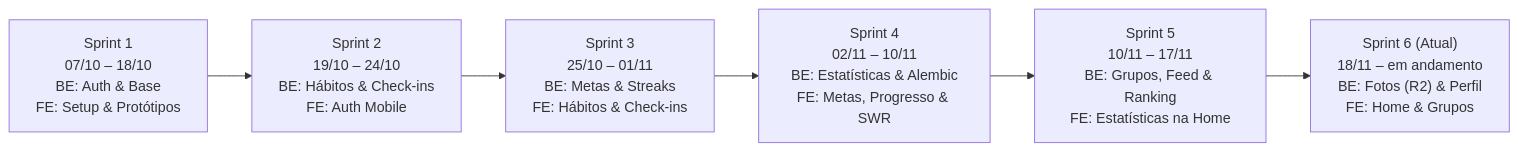
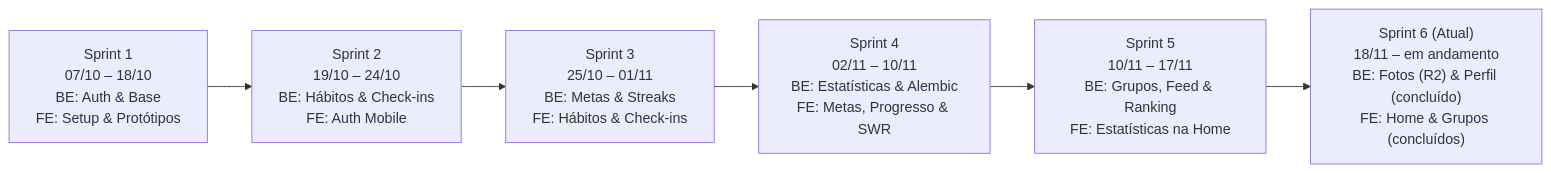
Before and after one commit to FGA0138-MDS-Ajax/2026.2-T02-Shannon: the diagram in docs/acompanhamento/index.md, drawn with Mermaid. The commit also changed other lines of this file and 5 other files, not shown here.

````diff
--- a/docs/acompanhamento/index.md
+++ b/docs/acompanhamento/index.md
@@ -13,11 +13,11 @@
 ```mermaid
 flowchart LR
     S1["Sprint 1\n07/10 – 18/10\nBE: Auth & Base\nFE: Setup & Protótipos"]
     S2["Sprint 2\n19/10 – 24/10\nBE: Hábitos & Check-ins\nFE: Auth Mobile"]
     S3["Sprint 3\n25/10 – 01/11\nBE: Metas & Streaks\nFE: Hábitos & Check-ins"]
     S4["Sprint 4\n02/11 – 10/11\nBE: Estatísticas & Alembic\nFE: Metas, Progresso & SWR"]
     S5["Sprint 5\n10/11 – 17/11\nBE: Grupos, Feed & Ranking\nFE: Estatísticas na Home"]
-    S6["Sprint 6 (Atual)\n18/11 – em andamento\nBE: Fotos (R2) & Perfil\nFE: Home & Grupos"]
+    S6["Sprint 6 (Atual)\n18/11 – em andamento\nBE: Fotos (R2) & Perfil (concluído)\nFE: Home & Grupos (concluídos)"]
 
     S1 --> S2 --> S3 --> S4 --> S5 --> S6
 ```
````
